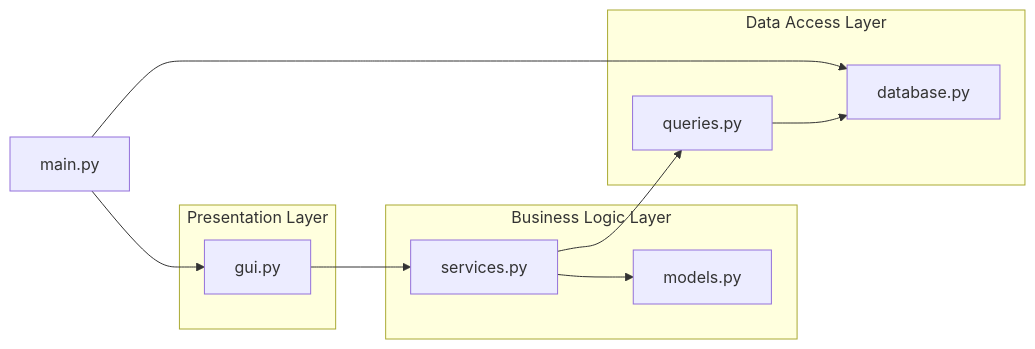
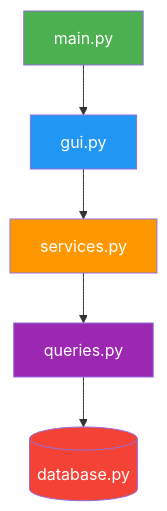
Before and after one commit to revxcode/k3-absensi: the third of 6 diagrams in flowchart.md, drawn with Mermaid. The commit also changed other lines of this file, not shown here.

Commit message:
Refactor flowchart and diagrams for improved clarity and consistency

````diff
--- a/flowchart.md
+++ b/flowchart.md
@@ -80,24 +78,13 @@
 ```mermaid
-flowchart LR
-    Main[main.py] --> Database[database.py]
-    Main --> GUI[gui.py]
-    
+flowchart TB
+    Main[main.py] --> GUI[gui.py]
     GUI --> Services[services.py]
     Services --> Queries[queries.py]
-    Services --> Models[models.py]
-    Queries --> Database
+    Queries --> DB[(database.py)]
     
-    subgraph "Presentation Layer"
-        GUI
-    end
-    
-    subgraph "Business Logic Layer"
-        Services
-        Models
-    end
-    
-    subgraph "Data Access Layer"
-        Queries
-        Database
-    end
+    style Main fill:#4CAF50,color:#fff
+    style GUI fill:#2196F3,color:#fff
+    style Services fill:#FF9800,color:#fff
+    style Queries fill:#9C27B0,color:#fff
+    style DB fill:#F44336,color:#fff
 ```
````
